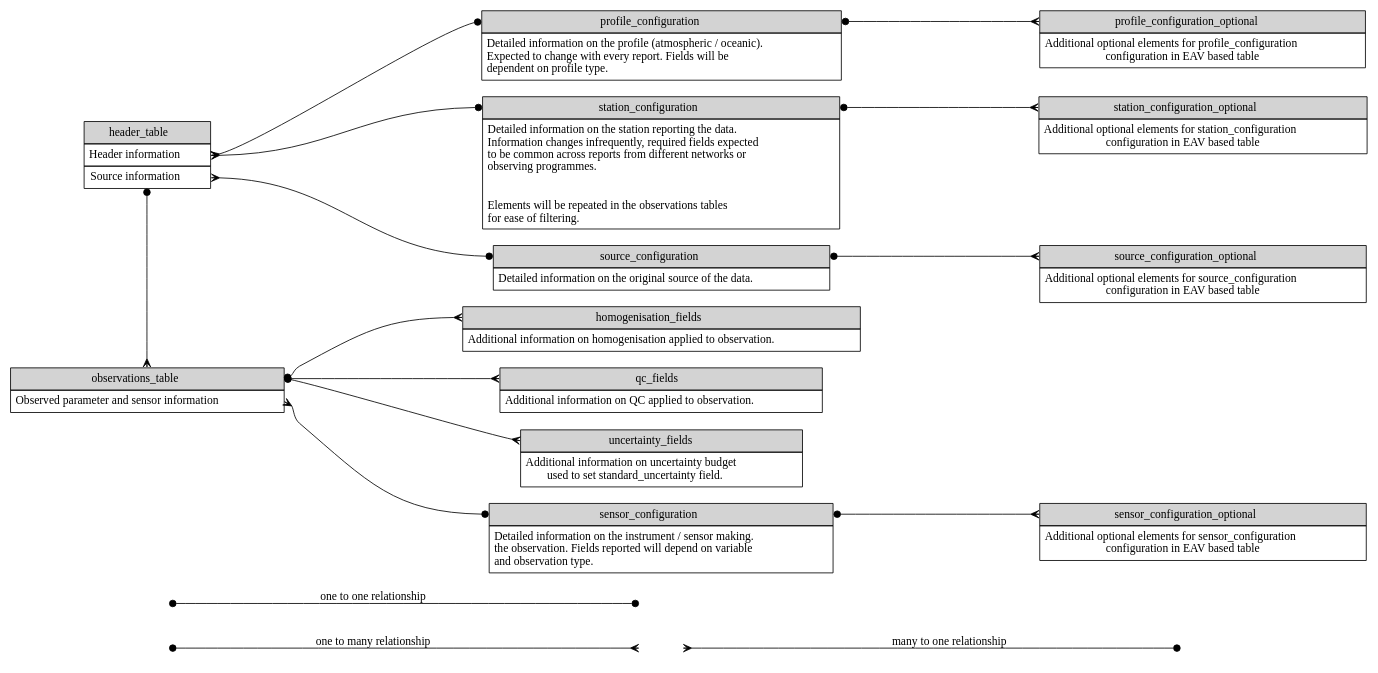
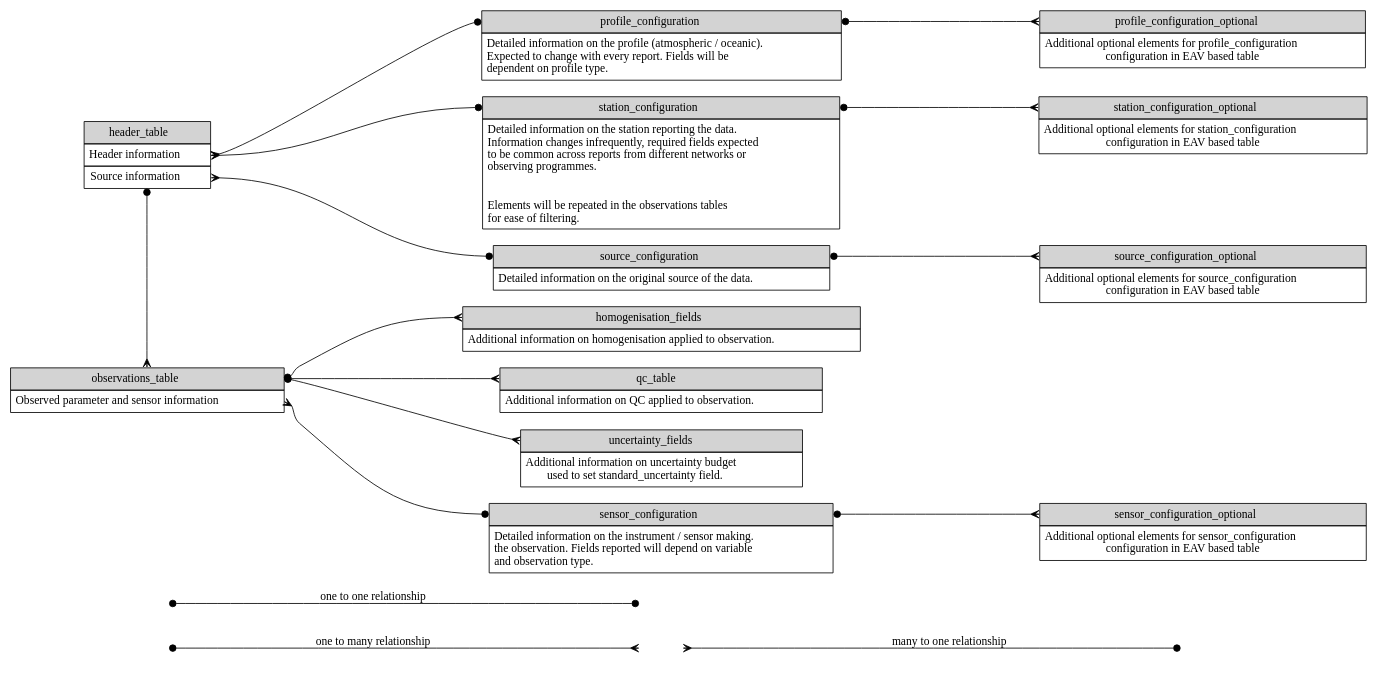
The diagram in docs/source/dot_files/conceptual.dot (glamod/cdm-obs-documentation), drawn with Graphviz before and after one commit. The commit also changed 20 other files, not shown here.

```diff
--- a/docs/source/dot_files/conceptual.dot
+++ b/docs/source/dot_files/conceptual.dot
@@ -1,107 +1,107 @@
 digraph {
   #node [color=white]
   node [margin="0.01" shape=plaintext]
   rankdir=LR;
   n1, n2, n3, n4, n5 [style=invis]
   header_table [label=<<TABLE BORDER="0" CELLBORDER="1" CELLSPACING="0" CELLPADDING="5" COLOR="BLACK">
                                 <TR><TD PORT="head" COLSPAN="1" ALIGN="center" BGCOLOR="lightgray">header_table</TD></TR>
                                 <TR><TD PORT="header">Header information</TD></TR>
                                 <TR><TD PORT="source">Source information</TD></TR>
                              </TABLE>>]
 
   observations_table [label=<<TABLE BORDER="0" CELLBORDER="1" CELLSPACING="0" CELLPADDING="5" COLOR="BLACK">
                                 <TR><TD PORT="head" COLSPAN="1" ALIGN="center" BGCOLOR="lightgray">observations_table</TD></TR>
                                 <TR><TD PORT="sensor">Observed parameter and sensor information</TD></TR>
                              </TABLE>>]
 
 
   station_configuration [label=<<TABLE BORDER="0" CELLBORDER="1" CELLSPACING="0" CELLPADDING="5" COLOR="BLACK" WIDTH="200px">
                                 <TR><TD COLSPAN="1" ALIGN="center" BGCOLOR="lightgray" PORT="head">station_configuration</TD></TR>
                                 <TR><TD>Detailed information on the station reporting the data.<BR ALIGN="LEFT"/>
 Information changes infrequently, required fields expected<BR ALIGN="LEFT"/>
 to be common across reports from different networks or <BR ALIGN="LEFT"/>observing programmes.<BR ALIGN="LEFT"/><BR/>&nbsp;
 <BR ALIGN="LEFT"/>
 Elements will be repeated in the observations tables <BR ALIGN="left"/>for ease of filtering.<BR ALIGN="LEFT"/></TD></TR>
                              </TABLE>>]
 
 profile_configuration [label=<<TABLE BORDER="0" CELLBORDER="1" CELLSPACING="0" CELLPADDING="5" COLOR="BLACK" WIDTH="200px">
                                 <TR><TD COLSPAN="1" ALIGN="center" BGCOLOR="lightgray" PORT="head">profile_configuration</TD></TR>
                                 <TR><TD>Detailed information on the profile (atmospheric / oceanic).<BR ALIGN="LEFT"/>
 Expected to change with every report. Fields will be<BR ALIGN="LEFT"/>
 dependent on profile type.<BR ALIGN="LEFT"/></TD></TR>
                              </TABLE>>]
 
 source_configuration [label=<<TABLE BORDER="0" CELLBORDER="1" CELLSPACING="0" CELLPADDING="5" COLOR="BLACK" WIDTH="200px">
                                 <TR><TD COLSPAN="1" ALIGN="center" BGCOLOR="lightgray" PORT="head">source_configuration</TD></TR>
                                 <TR><TD>Detailed information on the original source of the data.<BR ALIGN="LEFT"/></TD></TR>
                              </TABLE>>]
 
 sensor_configuration [label=<<TABLE BORDER="0" CELLBORDER="1" CELLSPACING="0" CELLPADDING="5" COLOR="BLACK" WIDTH="200px">
                                 <TR><TD COLSPAN="1" ALIGN="center" BGCOLOR="lightgray" PORT="head">sensor_configuration</TD></TR>
                                 <TR><TD>
 Detailed information on the instrument / sensor making.<BR ALIGN="LEFT"/>
 the observation. Fields reported will depend on variable<BR ALIGN="LEFT"/>
 and observation type.<BR ALIGN="LEFT"/></TD></TR>
                              </TABLE>>]
 
 qc_fields [label=<<TABLE BORDER="0" CELLBORDER="1" CELLSPACING="0" CELLPADDING="5" COLOR="BLACK" WIDTH="200px">
-                                <TR><TD COLSPAN="1" ALIGN="center" BGCOLOR="lightgray" PORT="head">qc_fields</TD></TR>
+                                <TR><TD COLSPAN="1" ALIGN="center" BGCOLOR="lightgray" PORT="head">qc_table</TD></TR>
                                 <TR><TD>Additional information on QC applied to observation.</TD></TR></TABLE>>]
 
 uncertainty_fields [label=<<TABLE BORDER="0" CELLBORDER="1" CELLSPACING="0" CELLPADDING="5" COLOR="BLACK" WIDTH="200px">
                                 <TR><TD COLSPAN="1" ALIGN="center" BGCOLOR="lightgray" PORT="head">uncertainty_fields</TD></TR>
                                 <TR><TD>
 Additional information on uncertainty budget <BR ALIGN="LEFT"/>
 used to set standard_uncertainty field.</TD></TR></TABLE>>]
 
 
 homogenisation_fields [label=<<TABLE BORDER="0" CELLBORDER="1" CELLSPACING="0" CELLPADDING="5" COLOR="BLACK" WIDTH="200px">
                                 <TR><TD COLSPAN="1" ALIGN="center" BGCOLOR="lightgray" PORT="head">homogenisation_fields</TD></TR>
                                 <TR><TD>Additional information on homogenisation applied to observation.</TD></TR></TABLE>>]
 
 station_config_optional [label=<<TABLE BORDER="0" CELLBORDER="1" CELLSPACING="0" CELLPADDING="5" COLOR="BLACK" WIDTH="200px">
                                 <TR><TD COLSPAN="1" ALIGN="center" BGCOLOR="lightgray" PORT="head">station_configuration_optional</TD></TR>
                                 <TR><TD>Additional optional elements for station_configuration<BR ALIGN="LEFT"/>
 configuration in EAV based table</TD></TR></TABLE>>]
 
 source_config_optional [label=<<TABLE BORDER="0" CELLBORDER="1" CELLSPACING="0" CELLPADDING="5" COLOR="BLACK" WIDTH="200px">
                                 <TR><TD COLSPAN="1" ALIGN="center" BGCOLOR="lightgray" PORT="head">source_configuration_optional</TD></TR>
                                 <TR><TD>Additional optional elements for source_configuration<BR ALIGN="LEFT"/>
 configuration in EAV based table</TD></TR></TABLE>>]
 
 sensor_config_optional [label=<<TABLE BORDER="0" CELLBORDER="1" CELLSPACING="0" CELLPADDING="5" COLOR="BLACK" WIDTH="200px">
                                 <TR><TD COLSPAN="1" ALIGN="center" BGCOLOR="lightgray" PORT="head">sensor_configuration_optional</TD></TR>
                                 <TR><TD>Additional optional elements for sensor_configuration<BR ALIGN="LEFT"/>
 configuration in EAV based table</TD></TR></TABLE>>]
 
 profile_config_optional [label=<<TABLE BORDER="0" CELLBORDER="1" CELLSPACING="0" CELLPADDING="5" COLOR="BLACK" WIDTH="200px">
                                 <TR><TD COLSPAN="1" ALIGN="center" BGCOLOR="lightgray" PORT="head">profile_configuration_optional</TD></TR>
                                 <TR><TD>Additional optional elements for profile_configuration<BR ALIGN="LEFT"/>
 configuration in EAV based table</TD></TR></TABLE>>]
 
 
   {
     rank=same;
     header_table;
     observations_table;
   }
 
   n1 -> n2 [arrowtail = dot , arrowhead = crow, dir = both, label = "one to many relationship"];
   n2 -> n3 [arrowhead = dot , arrowtail = crow, dir = both, label = "many to one relationship"];
   n4 -> n5 [arrowhead = dot , arrowtail = dot , dir = both, label = "one to one relationship"];
 
   header_table -> observations_table [arrowtail=dot, arrowhead=crow, dir=both, label="      "];
   header_table:header -> station_configuration:head [arrowtail=crow, arrowhead=dot, dir=both];
   header_table:header -> profile_configuration:head [arrowtail=crow, arrowhead=dot, dir=both];
   header_table:source -> source_configuration:head [arrowtail=crow, arrowhead=dot, dir=both];
 
   observations_table:head -> qc_fields:head [arrowtail=dot, dir=both, arrowhead=crow];
   observations_table:head -> uncertainty_fields:head [arrowtail=dot, dir=both, arrowhead=crow];
   observations_table:head -> homogenisation_fields:head [arrowtail=dot, dir=both, arrowhead=crow];
   observations_table:sensor -> sensor_configuration:head [arrowtail=crow, dir=both, arrowhead=dot];
 
   station_configuration:head -> station_config_optional:head [arrowhead=crow, arrowtail=dot, dir=both];
   source_configuration:head -> source_config_optional:head [arrowhead=crow, arrowtail=dot, dir=both];
   profile_configuration:head -> profile_config_optional:head [arrowhead=crow, arrowtail=dot, dir=both];
   sensor_configuration:head -> sensor_config_optional:head [arrowhead=crow, arrowtail=dot, dir=both];
 }
```
